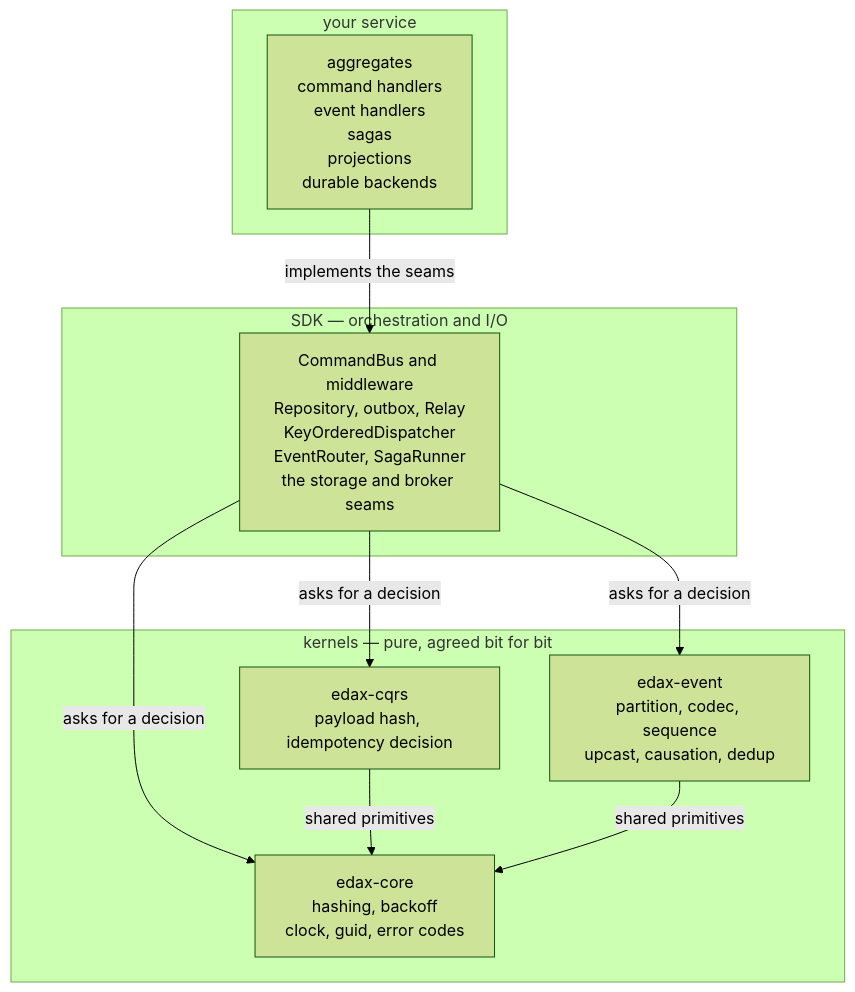
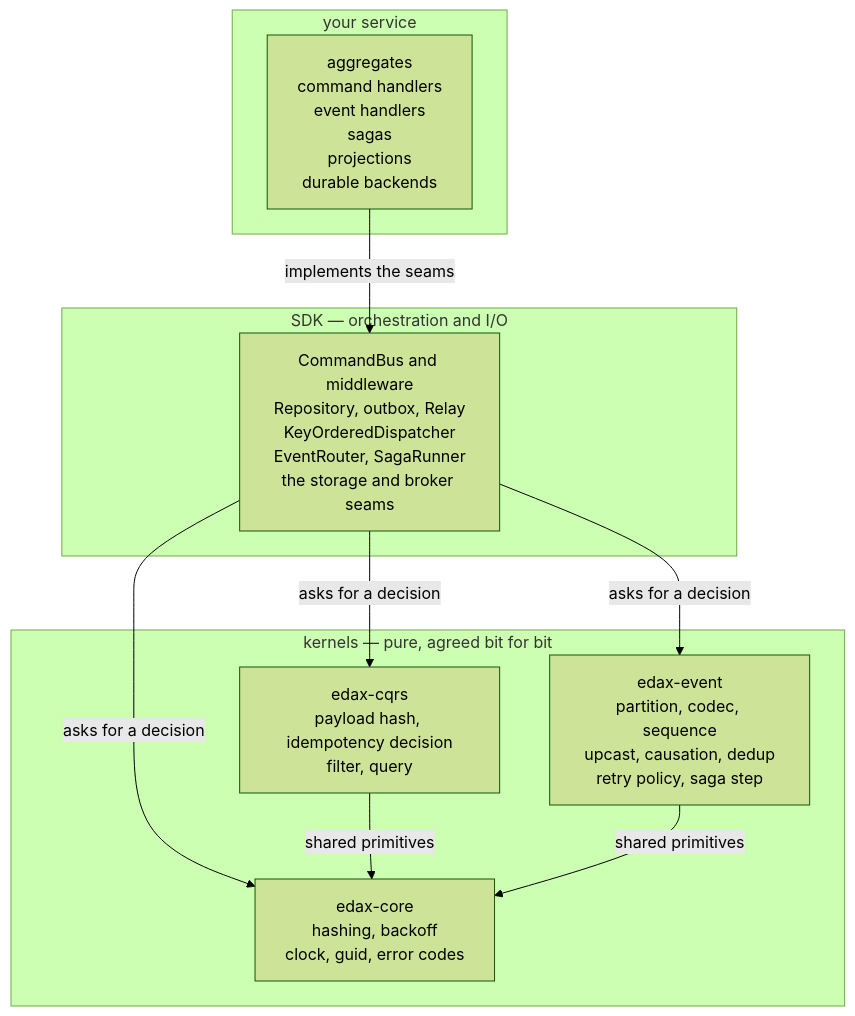
One commit to haskian/edax changed the first of 4 diagrams in docs/architecture.md. Above: the diagram before and after it, drawn with Mermaid (forest theme). The commit also changed other lines of this file and 117 other files, not shown here.

````diff
--- a/docs/architecture.md
+++ b/docs/architecture.md
@@ -15,23 +15,23 @@
 ```mermaid
 flowchart TB
     subgraph app["your service"]
         A["aggregates<br/>command handlers<br/>event handlers<br/>sagas<br/>projections<br/>durable backends"]
     end
 
     subgraph sdk["SDK — orchestration and I/O"]
         B["CommandBus and middleware<br/>Repository, outbox, Relay<br/>KeyOrderedDispatcher<br/>EventRouter, SagaRunner<br/>the storage and broker seams"]
     end
 
     subgraph kernels["kernels — pure, agreed bit for bit"]
-        C["edax-cqrs<br/>payload hash, idempotency decision"]
-        D["edax-event<br/>partition, codec, sequence<br/>upcast, causation, dedup"]
+        C["edax-cqrs<br/>payload hash, idempotency decision<br/>filter, query"]
+        D["edax-event<br/>partition, codec, sequence<br/>upcast, causation, dedup<br/>retry policy, saga step"]
         E["edax-core<br/>hashing, backoff<br/>clock, guid, error codes"]
     end
 
     A -->|"implements the seams"| B
     B -->|"asks for a decision"| C
     B -->|"asks for a decision"| D
     B -->|"asks for a decision"| E
     C -->|"shared primitives"| E
     D -->|"shared primitives"| E
 ```
````
